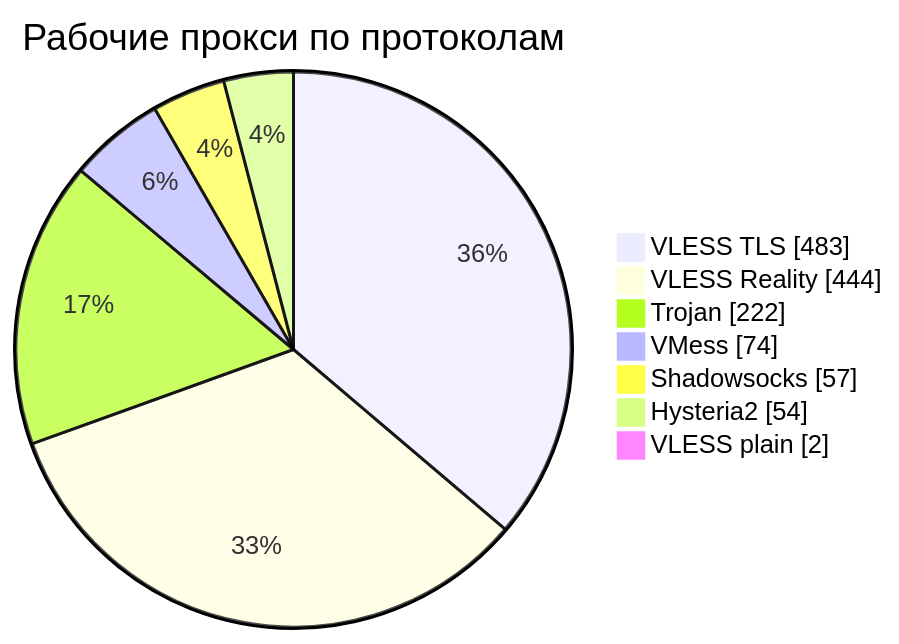
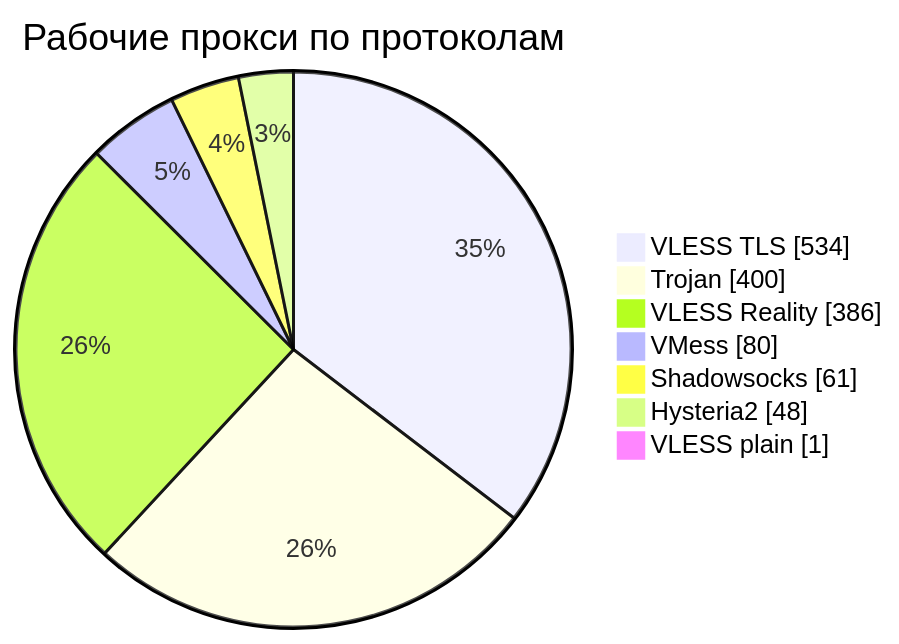
The third of 4 diagrams in README.md (rvvg/proxy-subs), drawn with Mermaid before and after one commit. The commit also changed other lines of this file and 49 other files, not shown here.

````diff
--- a/README.md
+++ b/README.md
@@ -138,11 +136,11 @@
 ```mermaid
 pie showData
     title Рабочие прокси по протоколам
-    "VLESS TLS" : 483
-    "VLESS Reality" : 444
-    "Trojan" : 222
-    "VMess" : 74
-    "Shadowsocks" : 57
-    "Hysteria2" : 54
-    "VLESS plain" : 2
+    "VLESS TLS" : 534
+    "Trojan" : 400
+    "VLESS Reality" : 386
+    "VMess" : 80
+    "Shadowsocks" : 61
+    "Hysteria2" : 48
+    "VLESS plain" : 1
 ```
````
